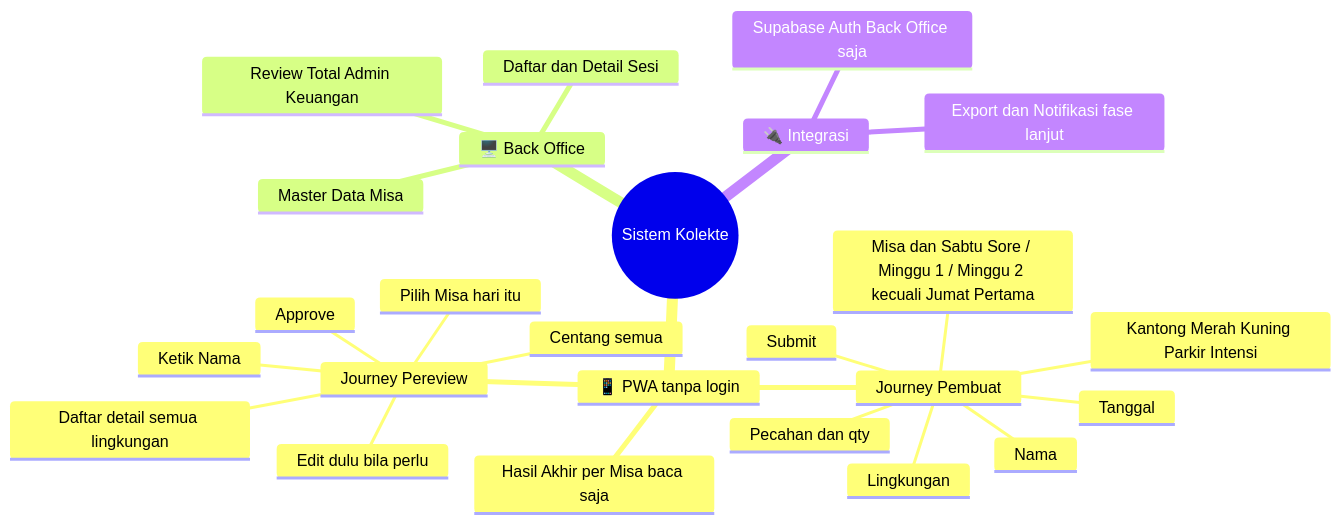
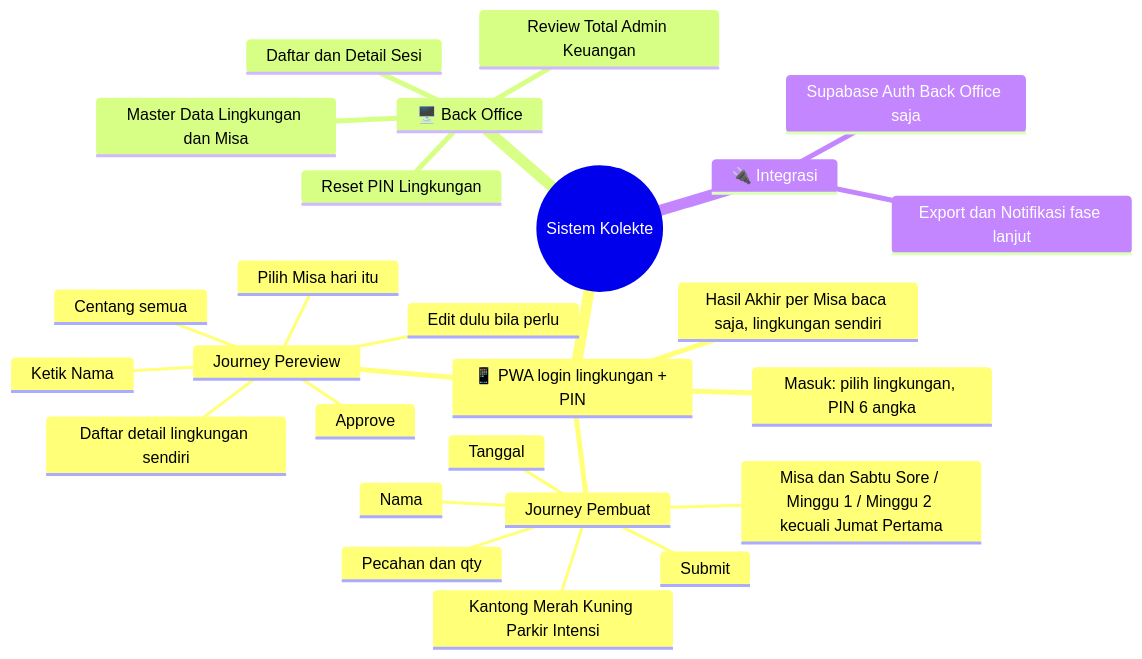
The first of 12 diagrams in docs/PRD_Sistem_Kolekte.md (vicaanne2014/kolekte.ygp), drawn with Mermaid before and after one commit. The commit also changed other lines of this file and 21 other files, not shown here.

First line of the commit message:
Login PWA lingkungan + PIN, Lingkungan jadi master CRUD, laporan per lingkungan

````diff
--- a/docs/PRD_Sistem_Kolekte.md
+++ b/docs/PRD_Sistem_Kolekte.md
@@ -110,28 +129,29 @@
 ```mermaid
 mindmap
   root((Sistem Kolekte))
-    📱 PWA tanpa login
+    📱 PWA login lingkungan + PIN
+      Masuk: pilih lingkungan, PIN 6 angka
       Journey Pembuat
         Nama
         Tanggal
         Misa dan Sabtu Sore / Minggu 1 / Minggu 2 kecuali Jumat Pertama
-        Lingkungan
         Kantong Merah Kuning Parkir Intensi
         Pecahan dan qty
         Submit
       Journey Pereview
         Pilih Misa hari itu
         Ketik Nama
-        Daftar detail semua lingkungan
+        Daftar detail lingkungan sendiri
         Edit dulu bila perlu
         Centang semua
         Approve
-      Hasil Akhir per Misa baca saja
+      Hasil Akhir per Misa baca saja, lingkungan sendiri
     🖥️ Back Office
       Daftar dan Detail Sesi
       Review Total Admin Keuangan
-      Master Data Misa
+      Master Data Lingkungan dan Misa
+      Reset PIN Lingkungan
     🔌 Integrasi
       Supabase Auth Back Office saja
       Export dan Notifikasi fase lanjut
 ```
````
